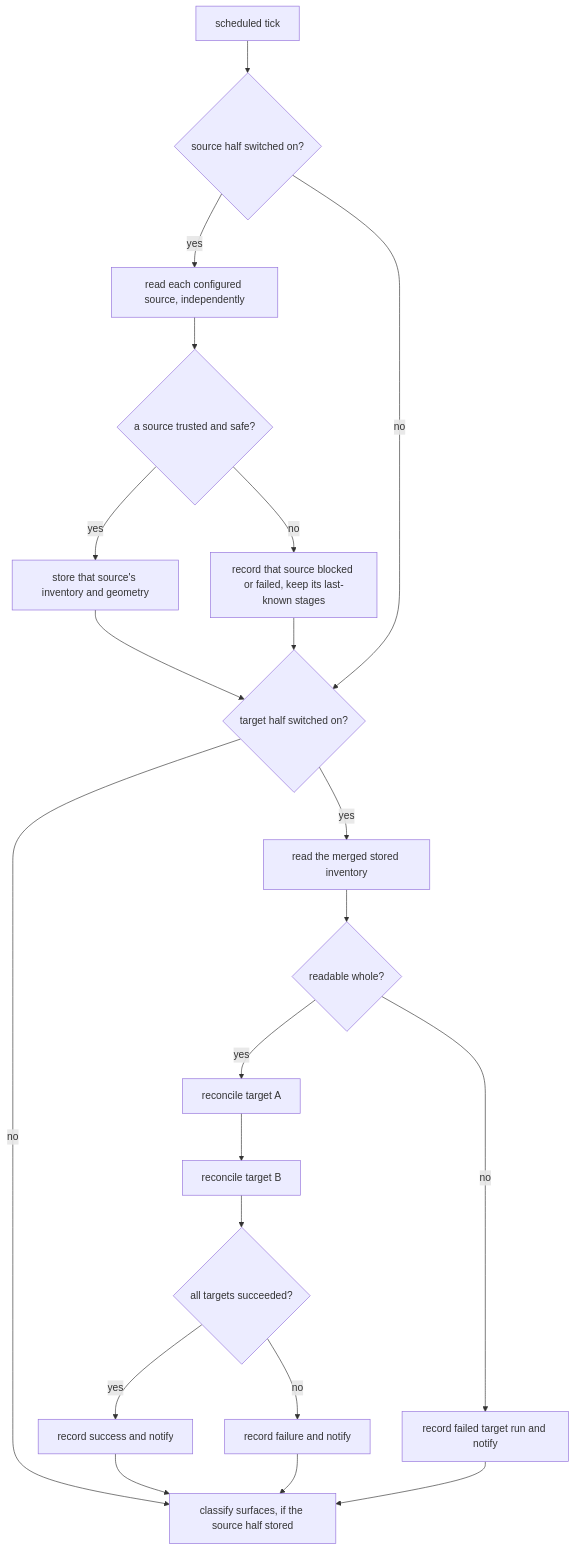
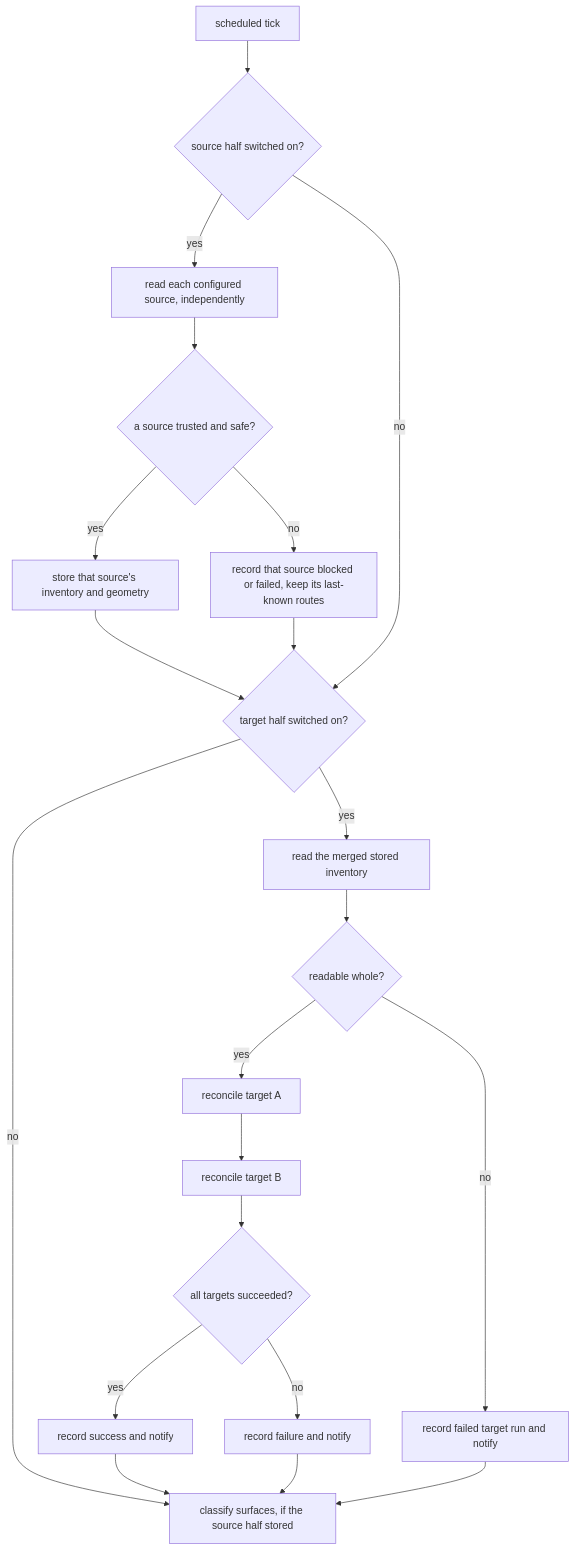
The second of 2 diagrams in docs/specs/sync-lifecycle.md (nobbs/domestique), drawn with Mermaid before and after one commit. The commit also changed other lines of this file and 103 other files, not shown here.

First line of the commit message:
refactor!: let route name the unit and source route name its parent (#317)

```diff
--- a/docs/specs/sync-lifecycle.md
+++ b/docs/specs/sync-lifecycle.md
@@ -298,23 +298,23 @@
 ~~~mermaid
 flowchart TD
     Start["scheduled tick"] --> SourceOn{"source half switched on?"}
     SourceOn -- yes --> Inventory["read each configured source, independently"]
     Inventory --> Guard{"a source trusted and safe?"}
-    Guard -- no --> Block["record that source blocked or failed, keep its last-known stages"]
+    Guard -- no --> Block["record that source blocked or failed, keep its last-known routes"]
     Guard -- yes --> Store["store that source's inventory and geometry"]
     Store --> TargetsOn{"target half switched on?"}
     Block --> TargetsOn
     SourceOn -- no --> TargetsOn
     TargetsOn -- yes --> Read["read the merged stored inventory"]
     Read --> Readable{"readable whole?"}
     Readable -- no --> StateFail["record failed target run and notify"]
     Readable -- yes --> A["reconcile target A"]
     A --> B["reconcile target B"]
     B --> Result{"all targets succeeded?"}
     Result -- yes --> Success["record success and notify"]
     Result -- no --> Failure["record failure and notify"]
     TargetsOn -- no --> Enrich["classify surfaces, if the source half stored"]
     Success --> Enrich
     Failure --> Enrich
     StateFail --> Enrich
 ~~~
```
